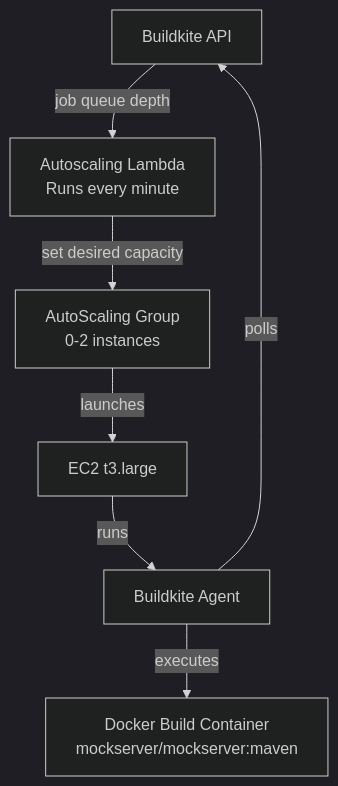
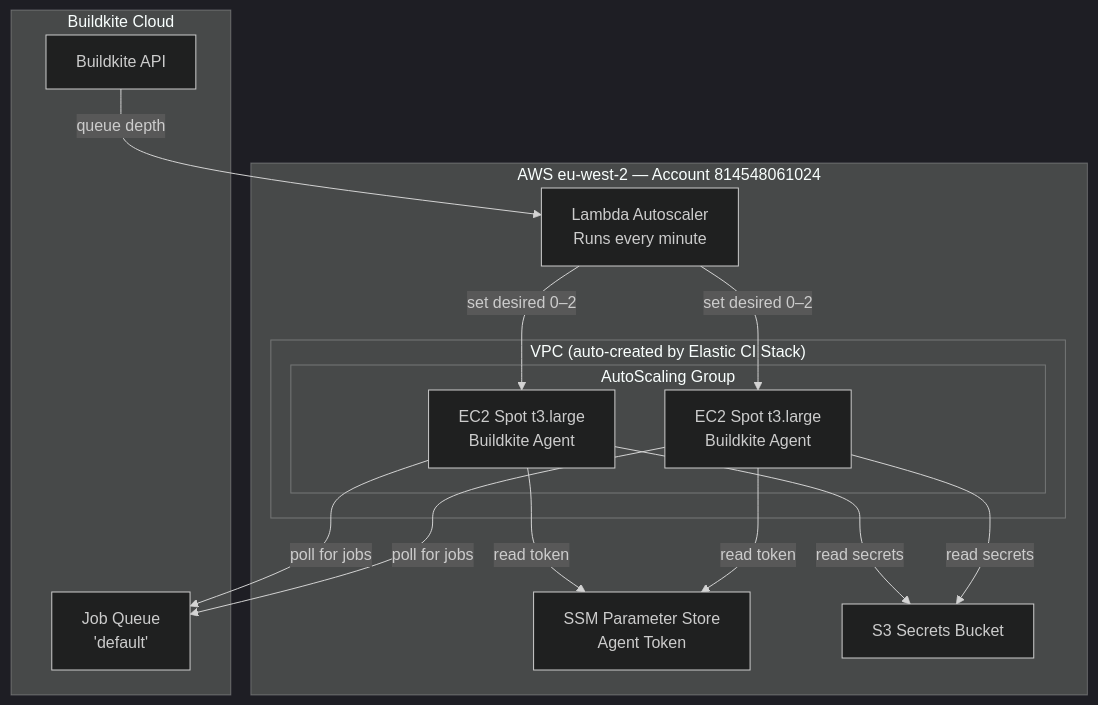
One commit to mock-server/mockserver changed the second of 5 diagrams in docs/infrastructure/aws-infrastructure.md. Above: the diagram before and after it, drawn with Mermaid (dark theme). The commit also changed other lines of this file and 19 other files, not shown here.

First line of the commit message:
Add comprehensive project documentation with hierarchical code architecture

````diff
--- a/docs/infrastructure/aws-infrastructure.md
+++ b/docs/infrastructure/aws-infrastructure.md
@@ -44,9 +52,25 @@
 ```mermaid
-flowchart TD
-    BK[Buildkite API] -->|job queue depth| LAMBDA
-    LAMBDA[Autoscaling Lambda<br/>Runs every minute] -->|set desired capacity| ASG
-    ASG[AutoScaling Group<br/>0-2 instances] -->|launches| EC2[EC2 t3.large]
-    EC2 -->|runs| AGENT[Buildkite Agent]
-    AGENT -->|polls| BK
-    AGENT -->|executes| BUILD[Docker Build Container<br/>mockserver/mockserver:maven]
+flowchart TB
+    subgraph "Buildkite Cloud"
+        BK_API[Buildkite API]
+        BK_QUEUE[Job Queue<br/>'default']
+    end
+
+    subgraph "AWS eu-west-2 — Account 814548061024"
+        subgraph "VPC (auto-created by Elastic CI Stack)"
+            subgraph "AutoScaling Group"
+                EC2_1[EC2 Spot t3.large<br/>Buildkite Agent]
+                EC2_2[EC2 Spot t3.large<br/>Buildkite Agent]
+            end
+        end
+        SCALER[Lambda Autoscaler<br/>Runs every minute]
+        SSM[SSM Parameter Store<br/>Agent Token]
+        S3_SECRETS[S3 Secrets Bucket]
+    end
+
+    BK_API -->|queue depth| SCALER
+    SCALER -->|set desired 0–2| EC2_1 & EC2_2
+    EC2_1 & EC2_2 -->|poll for jobs| BK_QUEUE
+    EC2_1 & EC2_2 -->|read token| SSM
+    EC2_1 & EC2_2 -->|read secrets| S3_SECRETS
 ```
````
